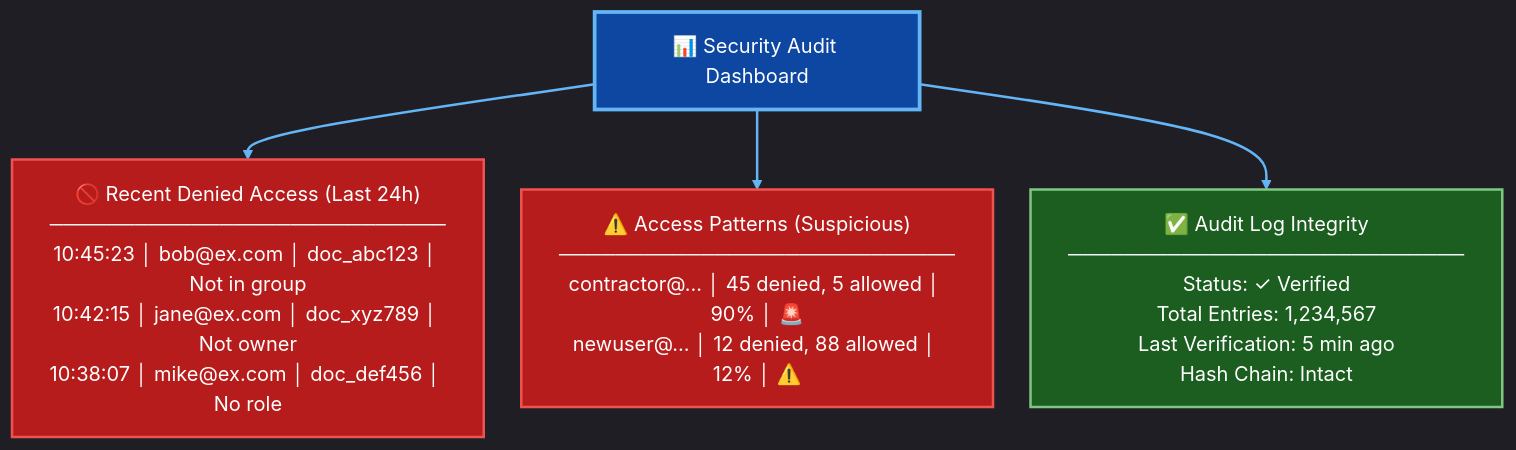
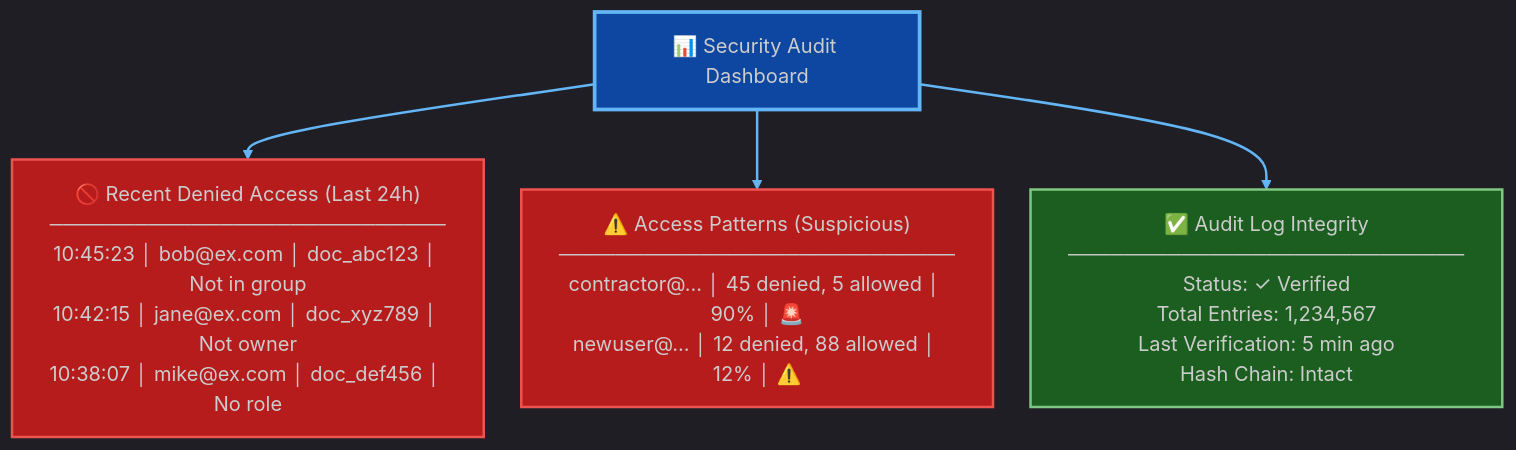
The fifth of 11 diagrams in docs/SECURITY_ACL.md (veics/rage_pitch), drawn with Mermaid before and after one commit. The commit also changed other lines of this file and 8 other files, not shown here.

````diff
--- a/docs/SECURITY_ACL.md
+++ b/docs/SECURITY_ACL.md
@@ -654,26 +654,26 @@
 ```mermaid
-%%{init: {'theme':'dark', 'flowchart': {'nodeSpacing': 30, 'rankSpacing': 40, 'curve': 'basis'}}}%%
+%%{init: {'theme':'dark', 'flowchart': {'nodeSpacing': 30, 'rankSpacing': 40, 'curve': 'basis'}, 'themeVariables': {'labelBackground':'rgba(38, 50, 56, 0.1)'}}}%%
 flowchart TD
     %% Title: Security Audit Dashboard Overview
     DASH["📊 Security Audit Dashboard"]
     
     DENIED["🚫 Recent Denied Access (Last 24h)<br/>────────────────────────────<br/>10:45:23 │ bob@ex.com │ doc_abc123 │ Not in group<br/>10:42:15 │ jane@ex.com │ doc_xyz789 │ Not owner<br/>10:38:07 │ mike@ex.com │ doc_def456 │ No role"]
     
     PATTERNS["⚠️ Access Patterns (Suspicious)<br/>────────────────────────────<br/>contractor@... │ 45 denied, 5 allowed │ 90% │ 🚨<br/>newuser@... │ 12 denied, 88 allowed │ 12% │ ⚠️"]
     
     INTEGRITY["✅ Audit Log Integrity<br/>────────────────────────────<br/>Status: ✓ Verified<br/>Total Entries: 1,234,567<br/>Last Verification: 5 min ago<br/>Hash Chain: Intact"]
     
     DASH --> DENIED
     DASH --> PATTERNS
     DASH --> INTEGRITY
     
-    classDef dashboard fill:#0d47a1,stroke:#64b5f6,stroke-width:3px,color:#fff;
-    classDef alert fill:#b71c1c,stroke:#ef5350,stroke-width:2px,color:#fff;
-    classDef ok fill:#1b5e20,stroke:#81c784,stroke-width:2px,color:#fff;
+    classDef dashboard fill:#0d47a1,stroke:#64b5f6,stroke-width:3px;
+    classDef alert fill:#b71c1c,stroke:#ef5350,stroke-width:2px;
+    classDef ok fill:#1b5e20,stroke:#81c784,stroke-width:2px;
     
     class DASH dashboard;
     class DENIED,PATTERNS alert;
     class INTEGRITY ok;
     
     linkStyle default stroke:#64b5f6,stroke-width:2px;
 ```
````
